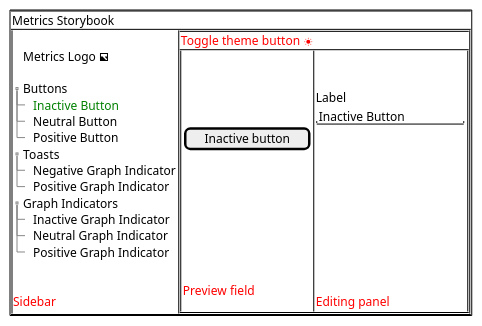
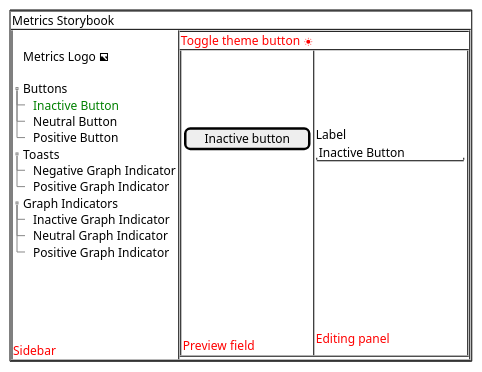
Before and after one commit to Flank/flank-dashboard: the diagram in metrics/web/docs/features/storybook/diagrams/metrics_storybook_user_interface_diagram.puml, drawn with PlantUML. The commit also changed 4 other files, not shown here.

```diff
--- a/metrics/web/docs/features/storybook/diagrams/metrics_storybook_user_interface_diagram.puml
+++ b/metrics/web/docs/features/storybook/diagrams/metrics_storybook_user_interface_diagram.puml
@@ -1,62 +1,70 @@
 @startsalt metrics_storybook_user_interface_diagram
 {#
   {-
     Metrics Storybook
     {!
       {T
         +
         +Metrics Logo <&image>
         +
         + Buttons
         ++ <color:green>Inactive Button
         ++ Neutral Button
         ++ Positive Button
         + Toasts
         ++ Negative Graph Indicator
         ++ Positive Graph Indicator
         + Graph Indicators
         ++ Inactive Graph Indicator
         ++ Neutral Graph Indicator
         ++ Positive Graph Indicator
         +
         +
+        +
+        +
+        +
         <color:red>Sidebar 
       } | {-
          <color:red>Toggle theme button <&sun>
         {!
           {
             .
             .
             .
             .
             [Inactive button]
             .
             .
             .
             .
             .
             .
             .
+            .
+            .
+            .
             <color:red>Preview field
           } | {
+            .
+            .
             .
             .
             Label
             "Inactive Button   "
             .
             .
             .
             .
             .
             .
             .
             .
             .
             <color:red>Editing panel
           }
         }
       }
     }
   }
 }
 @endsalt
```
